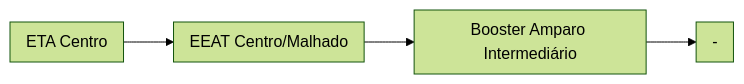
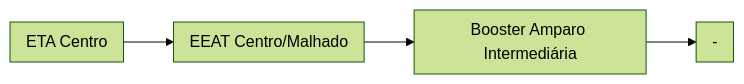
Before and after one commit to iagovls/CCO-Documentation: the fourth of 9 diagrams in README.md, drawn with Mermaid (forest theme). The commit also changed other lines of this file, not shown here.

````diff
--- a/README.md
+++ b/README.md
@@ -167,18 +167,18 @@
 ```mermaid
 flowchart LR
     subgraph ETA["ETA Centro"]
     end
 
     subgraph B1["EEAT Centro/Malhado"]
     end
 
-    subgraph B2["Booster Amparo Intermediário"]
+    subgraph B2["Booster Amparo Intermediária"]
     end
 
     subgraph Bairro[" - "]
     end
 
     ETA --> B1
     B1 --> B2
     B2 --> Bairro
 ```
````
